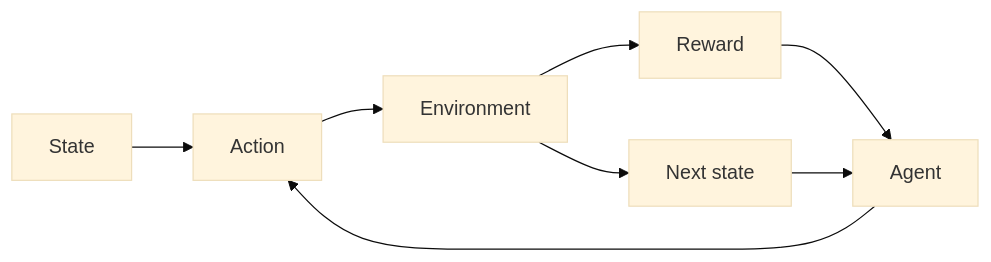
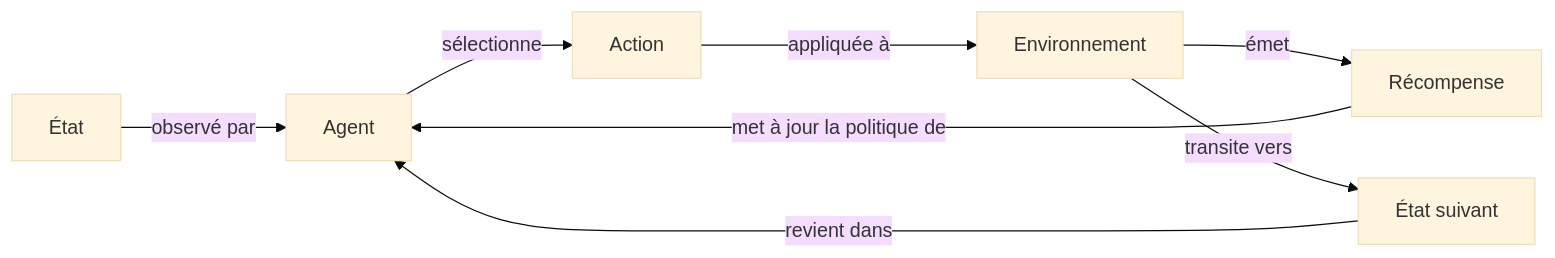
Before and after one commit to EmersonBraun/ai-summary-hub: the diagram in i18n/fr/docusaurus-plugin-content-docs/current/rl/index.md, drawn with Mermaid (base theme). The commit also changed other lines of this file and 242 other files, not shown here.

````diff
--- a/i18n/fr/docusaurus-plugin-content-docs/current/rl/index.md
+++ b/i18n/fr/docusaurus-plugin-content-docs/current/rl/index.md
@@ -19,10 +25,10 @@
 ```mermaid
 flowchart LR
-  S[State] --> A[Action]
-  A --> E[Environment]
-  E --> R[Reward]
-  E --> S2[Next state]
-  R --> Agent[Agent]
-  S2 --> Agent
-  Agent --> A
+  S[État] -->|observé par| Agent[Agent]
+  Agent -->|sélectionne| A[Action]
+  A -->|appliquée à| E[Environnement]
+  E -->|émet| R[Récompense]
+  E -->|transite vers| S2[État suivant]
+  R -->|met à jour la politique de| Agent
+  S2 -->|revient dans| Agent
 ```
````
